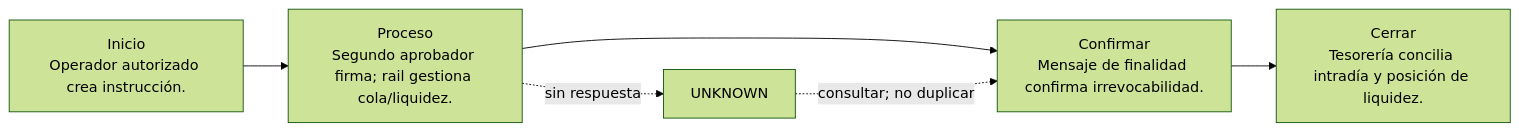
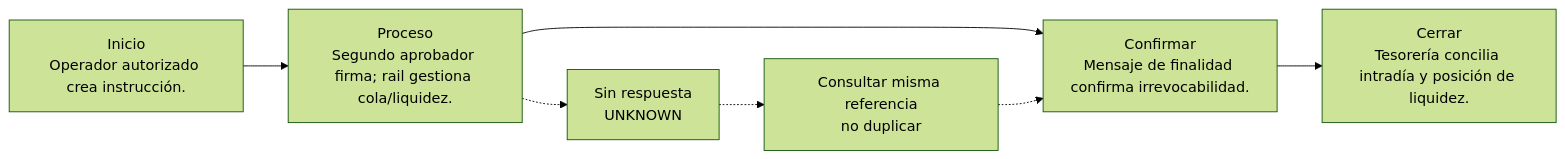
Before and after one commit to vladimiracunadev-create/universal-payments-engineering-lab: the diagram in docs/payment-methods/cases/high-value.md, drawn with Mermaid (forest theme). The commit also changed other lines of this file and 44 other files, not shown here.

````diff
--- a/docs/payment-methods/cases/high-value.md
+++ b/docs/payment-methods/cases/high-value.md
@@ -44,8 +54,9 @@
 ```mermaid
 flowchart LR
   A["Inicio<br/>Operador autorizado crea instrucción."] --> B["Proceso<br/>Segundo aprobador firma; rail gestiona cola/liquidez."]
   B --> C["Confirmar<br/>Mensaje de finalidad confirma irrevocabilidad."]
   C --> D["Cerrar<br/>Tesorería concilia intradía y posición de liquidez."]
-  B -. "sin respuesta" .-> U["UNKNOWN"]
-  U -. "consultar; no duplicar" .-> C
+  B -.-> U["Sin respuesta<br/>UNKNOWN"]
+  U -.-> R["Consultar misma referencia<br/>no duplicar"]
+  R -.-> C
 ```
````
